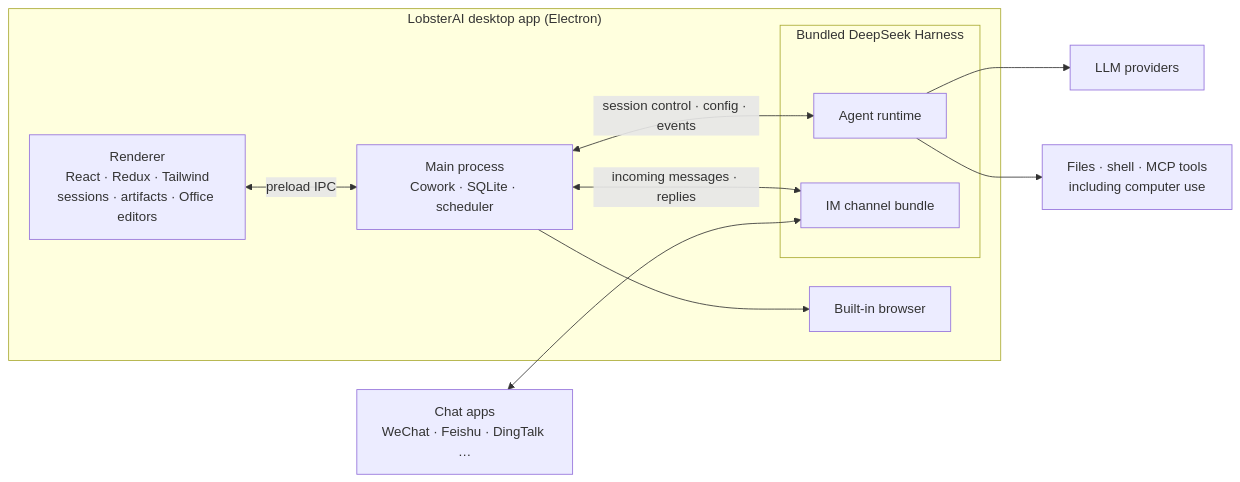
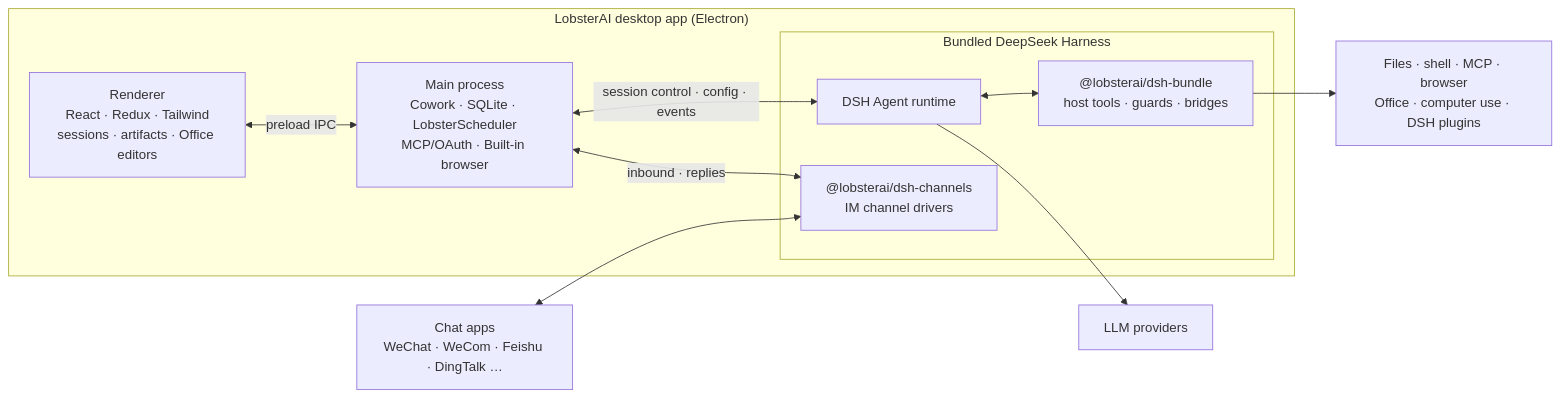
One commit to netease-youdao/LobsterAI changed the diagram in README.md. Above: the diagram before and after it, drawn with Mermaid. The commit also changed other lines of this file and 7 other files, not shown here.

Commit message:
docs: update README, contributing, and agent guides for DSH

````diff
--- a/README.md
+++ b/README.md
@@ -114,18 +126,19 @@
 ```mermaid
 flowchart LR
   subgraph App["LobsterAI desktop app (Electron)"]
     UI["Renderer<br/>React · Redux · Tailwind<br/>sessions · artifacts · Office editors"]
-    Main["Main process<br/>Cowork · SQLite · scheduler"]
+    Main["Main process<br/>Cowork · SQLite · LobsterScheduler<br/>MCP/OAuth · Built-in browser"]
     subgraph DshHost["Bundled DeepSeek Harness"]
-      DSH["Agent runtime"]
-      Channels["IM channel bundle"]
+      DSH["DSH Agent runtime"]
+      HostBundle["@lobsterai/dsh-bundle<br/>host tools · guards · bridges"]
+      Channels["@lobsterai/dsh-channels<br/>IM channel drivers"]
     end
     UI <-->|"preload IPC"| Main
     Main <-->|"session control · config · events"| DSH
-    Main <-->|"incoming messages · replies"| Channels
-    Main --> Browser["Built-in browser"]
+    DSH <--> HostBundle
+    Main <-->|"inbound · replies"| Channels
   end
   DSH --> Models["LLM providers"]
-  DSH --> Tools["Files · shell · MCP tools<br/>including computer use"]
-  Chat["Chat apps<br/>WeChat · Feishu · DingTalk …"] <--> Channels
+  HostBundle --> Tools["Files · shell · MCP · browser<br/>Office · computer use · DSH plugins"]
+  Chat["Chat apps<br/>WeChat · WeCom · Feishu · DingTalk …"] <--> Channels
 ```
````
